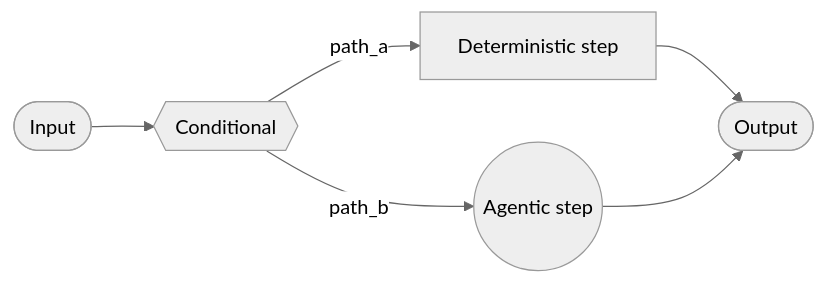
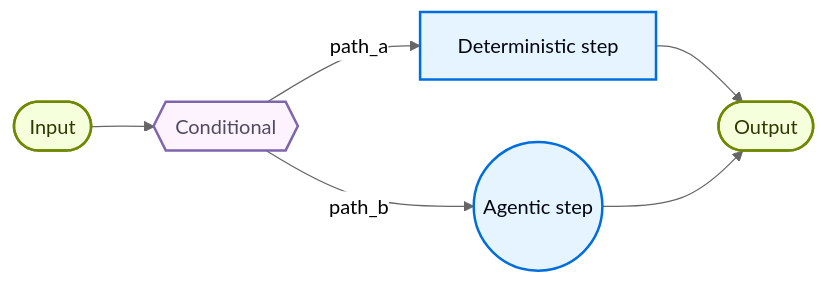
Before and after one commit to olorehq/olore: the first of 2 diagrams in vault/packages/langchain/latest/contents/langchain/multi-agent/custom-workflow.mdx, drawn with Mermaid (neutral theme). The commit also changed other lines of this file and 14210 other files, not shown here.

````diff
--- a/vault/packages/langchain/latest/contents/langchain/multi-agent/custom-workflow.mdx
+++ b/vault/packages/langchain/latest/contents/langchain/multi-agent/custom-workflow.mdx
@@ -7,8 +7,16 @@
 ```mermaid
 graph LR
     A([Input]) --> B{{Conditional}}
     B -->|path_a| C[Deterministic step]
     B -->|path_b| D((Agentic step))
     C --> G([Output])
     D --> G([Output])
+
+    classDef trigger fill:#F6FFDB,stroke:#6E8900,stroke-width:2px,color:#2E3900
+    classDef process fill:#E5F4FF,stroke:#006DDD,stroke-width:2px,color:#030710
+    classDef decision fill:#FDF3FF,stroke:#7E65AE,stroke-width:2px,color:#504B5F
+
+    class A,G trigger
+    class C,D process
+    class B decision
 ```
````
